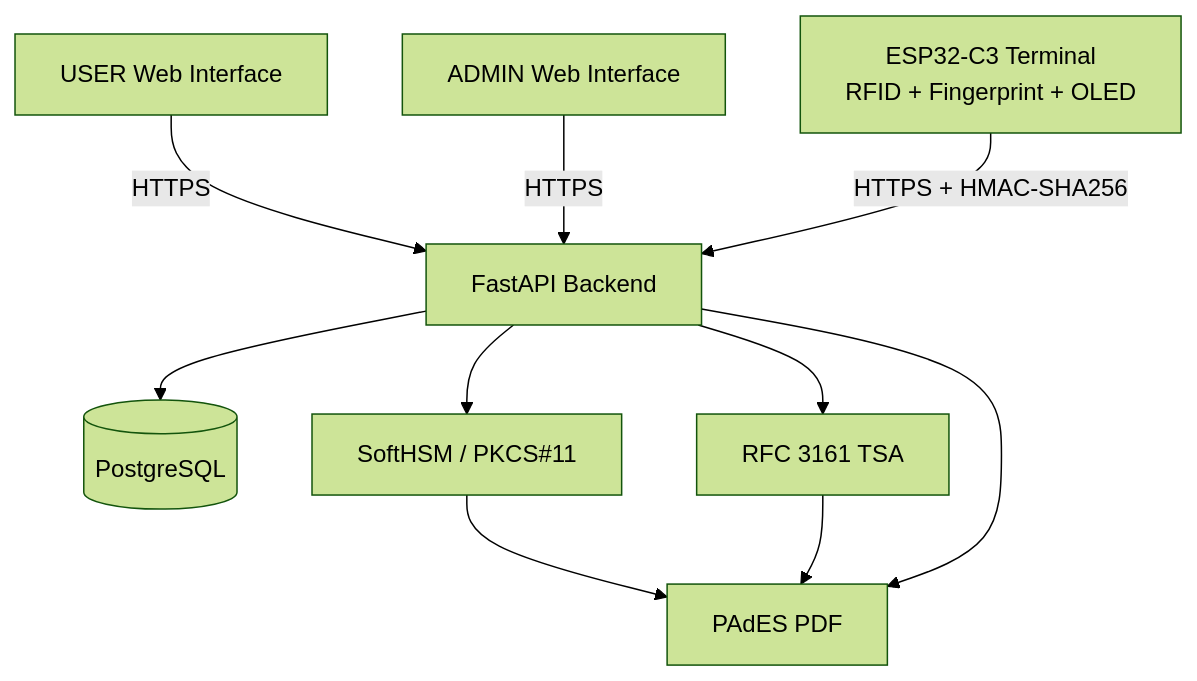
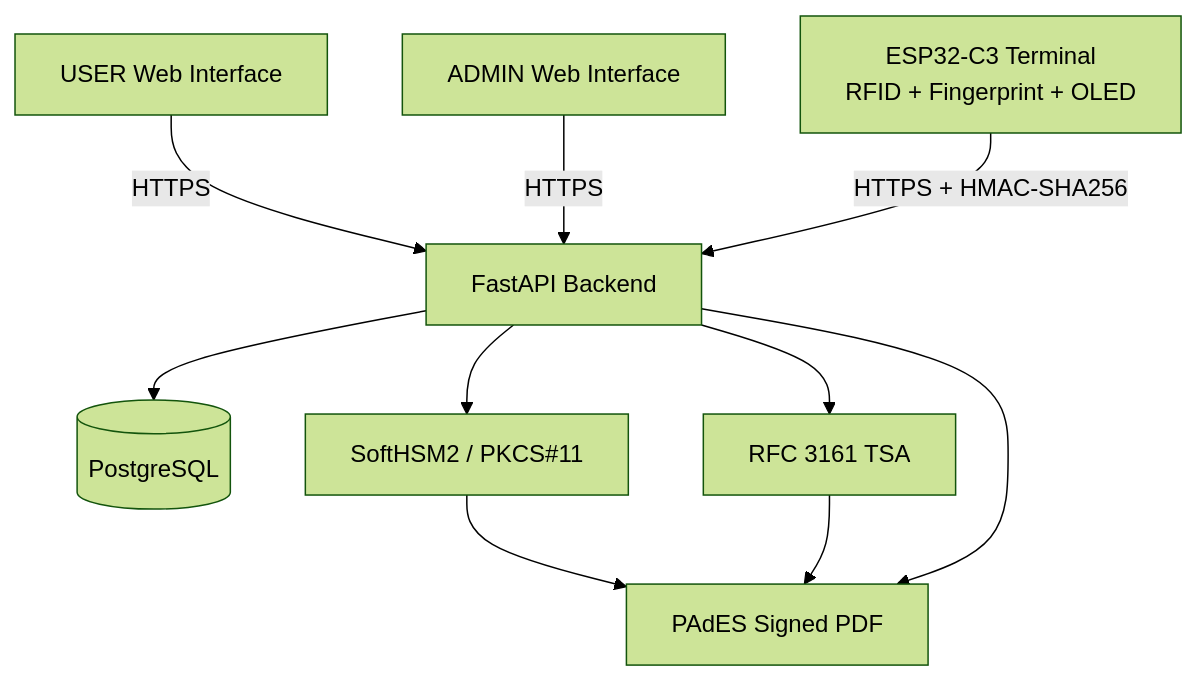
Before and after one commit to CheimaAmmar/remotesign-lab: the diagram in README.md, drawn with Mermaid (forest theme). The commit also changed other lines of this file, not shown here.

````diff
--- a/README.md
+++ b/README.md
@@ -45,15 +62,16 @@
 ```mermaid
 flowchart TD
     User[USER Web Interface] -->|HTTPS| API[FastAPI Backend]
     Admin[ADMIN Web Interface] -->|HTTPS| API
 
-    Device[ESP32-C3 Terminal<br/>RFID + Fingerprint + OLED] -->|HTTPS + HMAC-SHA256| API
+    Device[ESP32-C3 Terminal<br/>RFID + Fingerprint + OLED]
+        -->|HTTPS + HMAC-SHA256| API
 
     API --> DB[(PostgreSQL)]
-    API --> HSM[SoftHSM / PKCS#11]
+    API --> HSM[SoftHSM2 / PKCS#11]
     API --> TSA[RFC 3161 TSA]
 
-    HSM --> PDF[PAdES PDF]
+    HSM --> PDF[PAdES Signed PDF]
     TSA --> PDF
     API --> PDF
 ```
````
